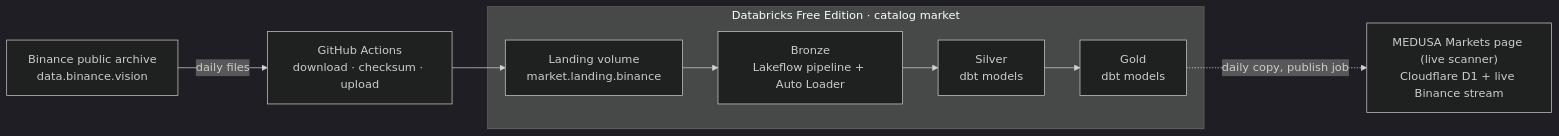
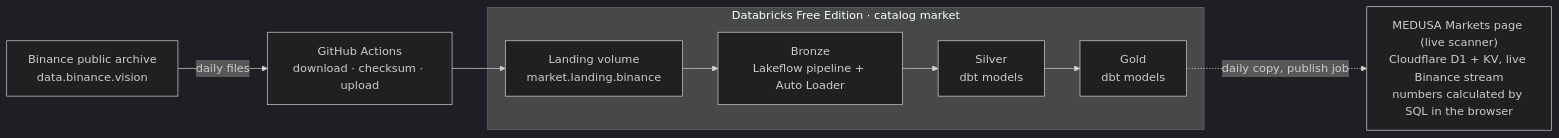
The diagram in lakehouse/README.md (shivam65-sketch/medusa), drawn with Mermaid (dark theme) before and after one commit. The commit also changed other lines of this file and 21 other files, not shown here.

Commit message:
Markets: every number calculated by SQL in the browser; scanner answer kept ready-made in KV (step 26)

````diff
--- a/lakehouse/README.md
+++ b/lakehouse/README.md
@@ -13,11 +14,11 @@
 ```mermaid
 flowchart LR
   A["Binance public archive<br>data.binance.vision"] -->|daily files| B["GitHub Actions<br>download · checksum · upload"]
   B --> C["Landing volume<br>market.landing.binance"]
   subgraph D["Databricks Free Edition · catalog market"]
     C --> E["Bronze<br>Lakeflow pipeline + Auto Loader"]
     E --> F["Silver<br>dbt models"]
     F --> G["Gold<br>dbt models"]
   end
-  G -.->|daily copy, publish job| I["MEDUSA Markets page (live scanner)<br>Cloudflare D1 + live Binance stream"]
+  G -.->|daily copy, publish job| I["MEDUSA Markets page (live scanner)<br>Cloudflare D1 + KV, live Binance stream<br>numbers calculated by SQL in the browser"]
 ```
````
